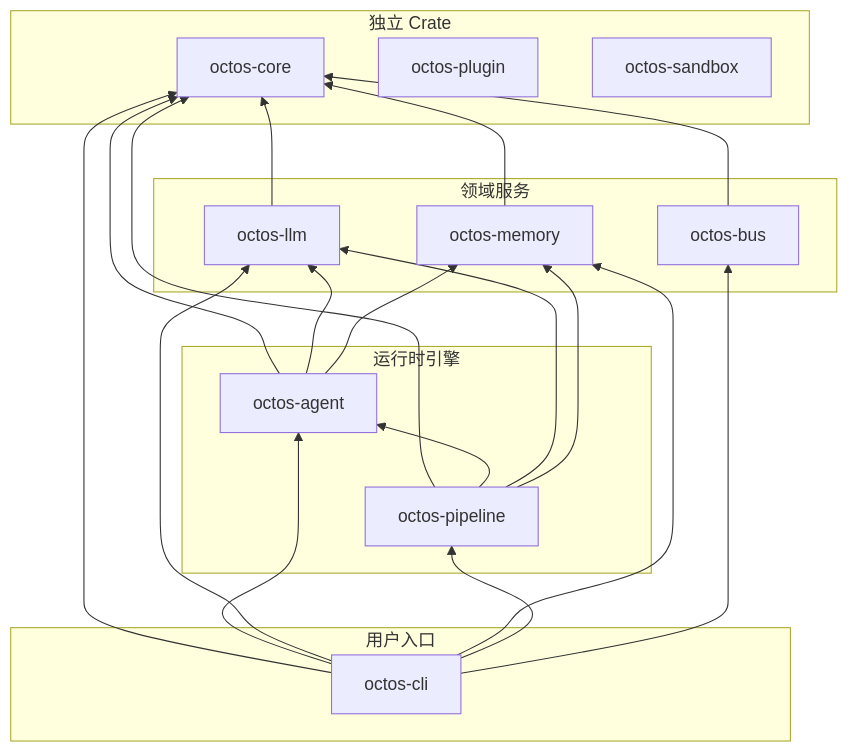
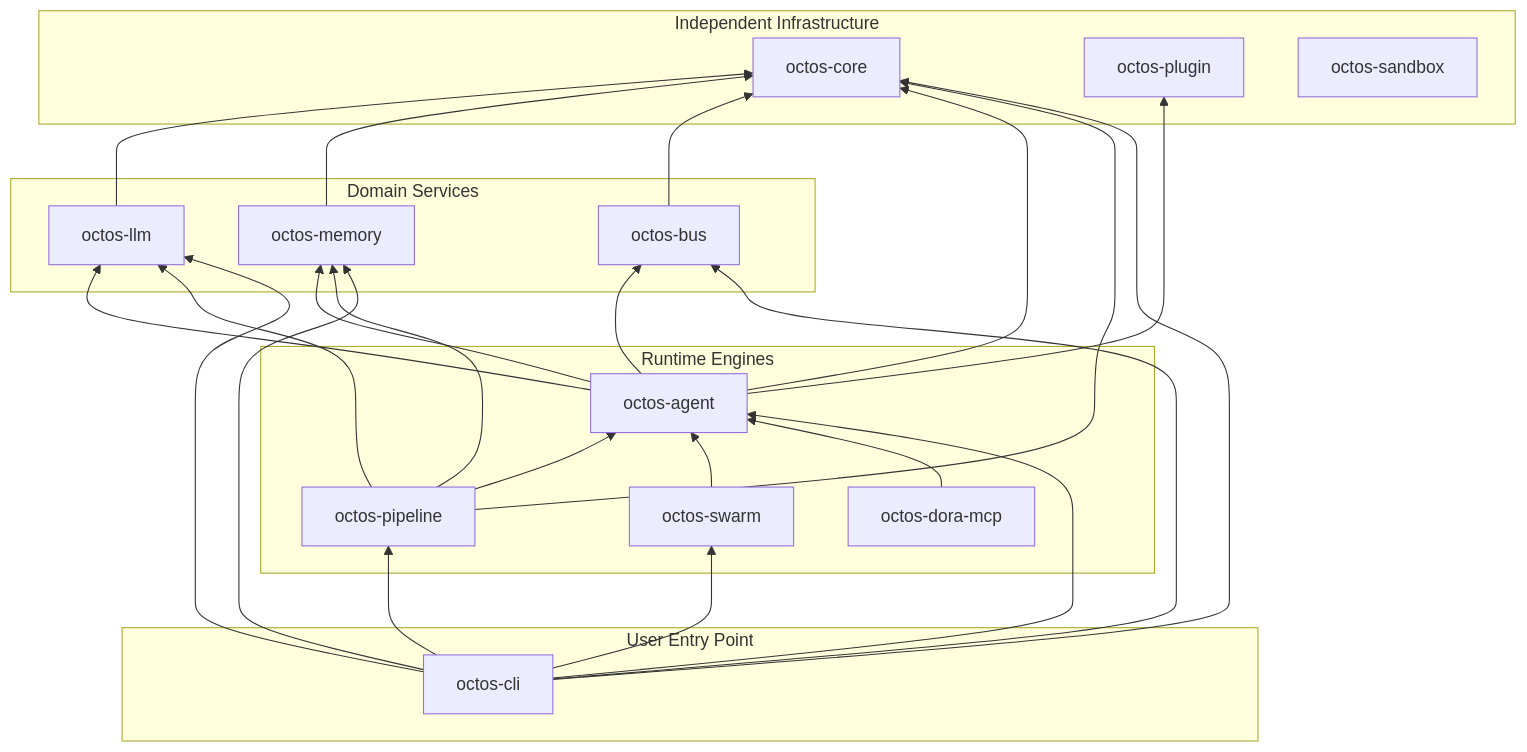
One commit to ZhangHanDong/octos-book changed the diagram in book-en/src/appendix/a-crate-graph.md. Above: the diagram before and after it, drawn with Mermaid. The commit also changed other lines of this file and 3 other files, not shown here.

Commit message:
Update crate graph appendix

````diff
--- a/book-en/src/appendix/a-crate-graph.md
+++ b/book-en/src/appendix/a-crate-graph.md
@@ -5,40 +7,51 @@
 ```mermaid
 graph BT
-    subgraph "独立 Crate"
+    subgraph "Independent Infrastructure"
         core["octos-core"]
         plugin["octos-plugin"]
         sandbox["octos-sandbox"]
     end
 
-    subgraph "领域服务"
+    subgraph "Domain Services"
         llm["octos-llm"]
         memory["octos-memory"]
         bus["octos-bus"]
     end
 
-    subgraph "运行时引擎"
+    subgraph "Runtime Engines"
         agent["octos-agent"]
         pipeline["octos-pipeline"]
+        swarm["octos-swarm"]
+        dora["octos-dora-mcp"]
     end
 
-    subgraph "用户入口"
+    subgraph "User Entry Point"
         cli["octos-cli"]
     end
 
     llm --> core
     memory --> core
     bus --> core
+
     agent --> core
+    agent --> bus
+    agent --> memory
     agent --> llm
-    agent --> memory
+    agent --> plugin
+
     pipeline --> core
     pipeline --> agent
     pipeline --> llm
     pipeline --> memory
+
+    swarm --> agent
+    dora --> agent
+
     cli --> core
     cli --> agent
+    cli --> memory
     cli --> llm
-    cli --> memory
+    cli --> bus
     cli --> pipeline
-    cli --> bus
+    cli --> swarm
 ```
````
